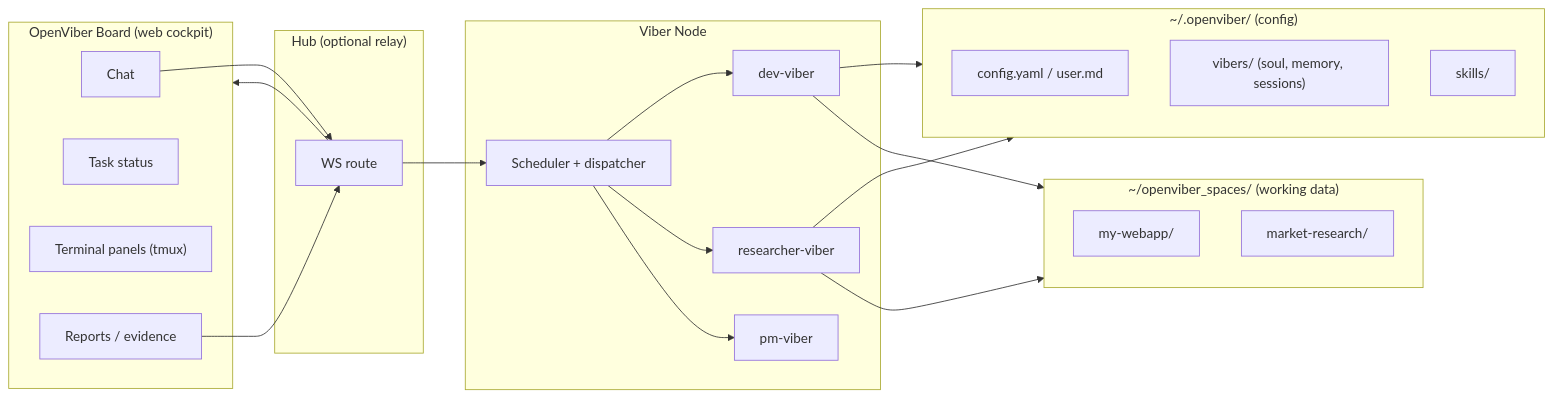
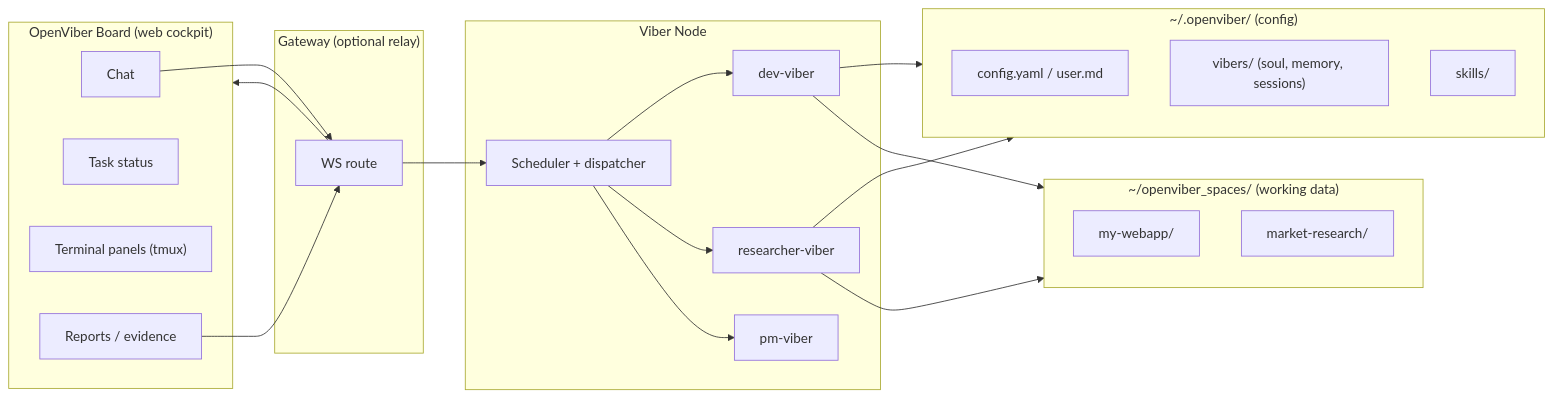
One commit to dustland/openviber changed the second of 3 diagrams in docs/design/viber.md. Above: the diagram before and after it, drawn with Mermaid. The commit also changed 8 other files, not shown here.

````diff
--- a/docs/design/viber.md
+++ b/docs/design/viber.md
@@ -43,39 +43,39 @@
 ```mermaid
 flowchart LR
     subgraph Board["OpenViber Board (web cockpit)"]
       Chat["Chat"]
       Status["Task status"]
       Terms["Terminal panels (tmux)"]
       Reports["Reports / evidence"]
     end
-    subgraph Hub["Hub (optional relay)"]
+    subgraph Gateway["Gateway (optional relay)"]
       WS["WS route"]
     end
     subgraph Node["Viber Node"]
       Scheduler["Scheduler + dispatcher"]
       V1["dev-viber"]
       V2["researcher-viber"]
       V3["pm-viber"]
     end
     subgraph Config["~/.openviber/ (config)"]
       Cfg["config.yaml / user.md"]
       VCfg["vibers/ (soul, memory, sessions)"]
       Skills["skills/"]
     end
     subgraph Spaces["~/openviber_spaces/ (working data)"]
       S1["my-webapp/"]
       S2["market-research/"]
     end
 
     Chat --> WS
     WS --> Scheduler
     Scheduler --> V1
     Scheduler --> V2
     Scheduler --> V3
     V1 --> Config
     V1 --> Spaces
     V2 --> Config
     V2 --> Spaces
     Reports --> WS
     WS --> Board
 ```
````
